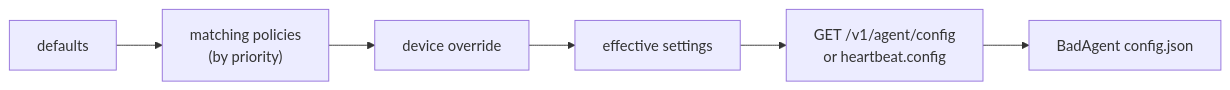
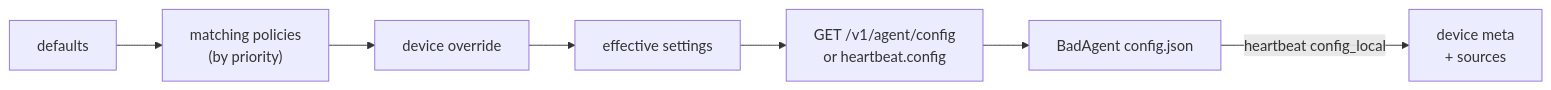
Before and after one commit to blazerity/bAD: the second of 3 diagrams in docs/architecture.md, drawn with Mermaid. The commit also changed other lines of this file and 19 other files, not shown here.

````diff
--- a/docs/architecture.md
+++ b/docs/architecture.md
@@ -59,8 +59,9 @@
 ```mermaid
 flowchart LR
   DEF["defaults"] --> POL["matching policies\n(by priority)"]
   POL --> OV["device override"]
   OV --> EFF["effective settings"]
   EFF --> API["GET /v1/agent/config\nor heartbeat.config"]
   API --> AG["BadAgent config.json"]
+  AG -->|"heartbeat config_local"| META["device meta\n+ sources"]
 ```
````
